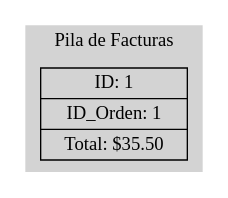
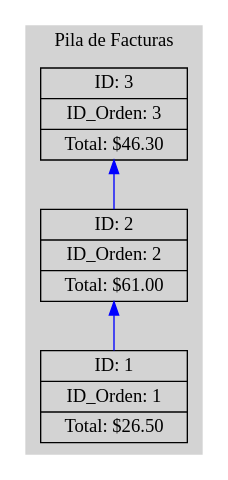
One commit to eric-rojas/-EDD-1S2025_202200331 changed the diagram in AutoGestPro/Reports/pilaFacturas.dot. Above: the diagram before and after it, drawn with Graphviz. The commit also changed 19 other files, not shown here.

```diff
--- a/AutoGestPro/Reports/pilaFacturas.dot
+++ b/AutoGestPro/Reports/pilaFacturas.dot
@@ -1,10 +1,14 @@
 digraph G {
     rankdir=TB;
     node [shape=record];
     subgraph cluster_0 {
         label = "Pila de Facturas";
         style=filled;
         color=lightgrey;
-        node1 [label="{ID: 1 | ID_Orden: 1 | Total: $35.50}"];
+        node3 [label="{ID: 3 | ID_Orden: 3 | Total: $46.30}"];
+        node2 [label="{ID: 2 | ID_Orden: 2 | Total: $61.00}"];
+        node1 [label="{ID: 1 | ID_Orden: 1 | Total: $26.50}"];
+        node3 -> node2 [dir=back, color="blue"];
+        node2 -> node1 [dir=back, color="blue"];
     }
 }
```
